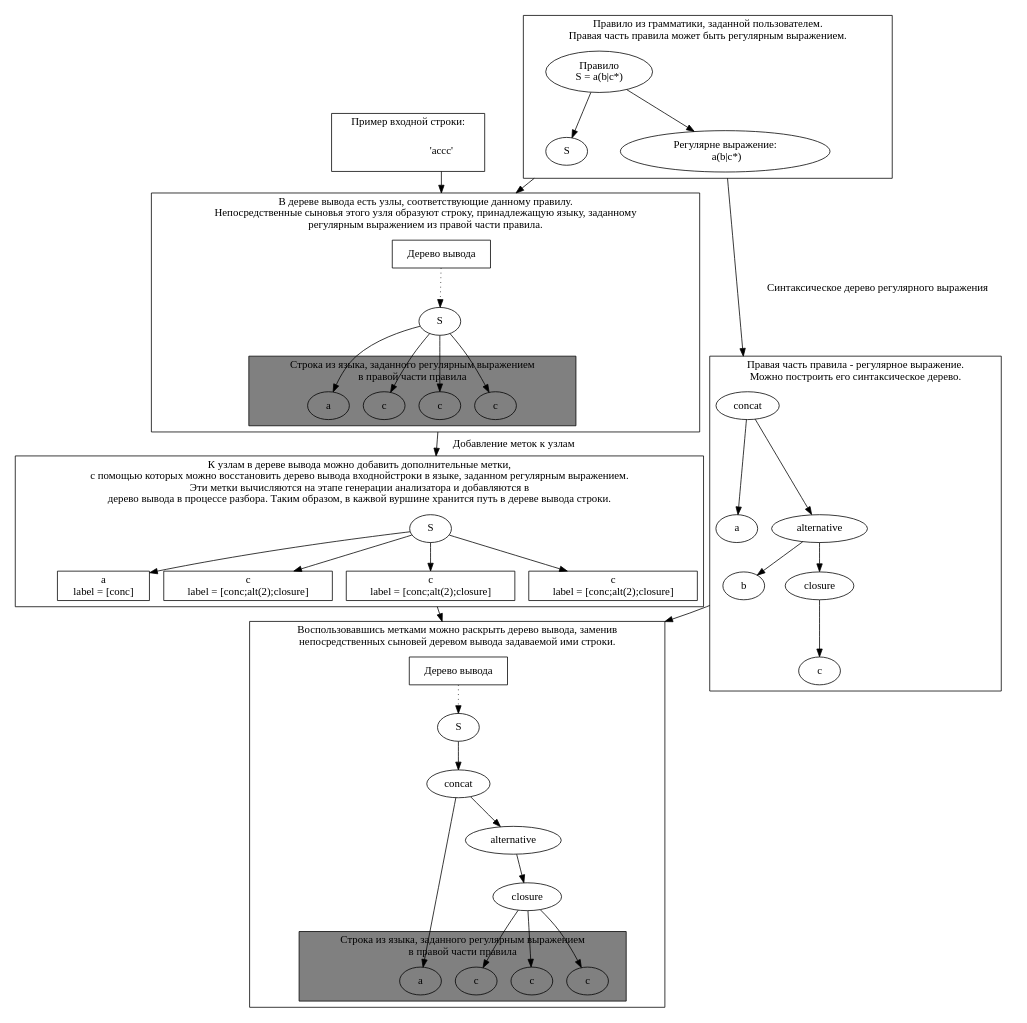
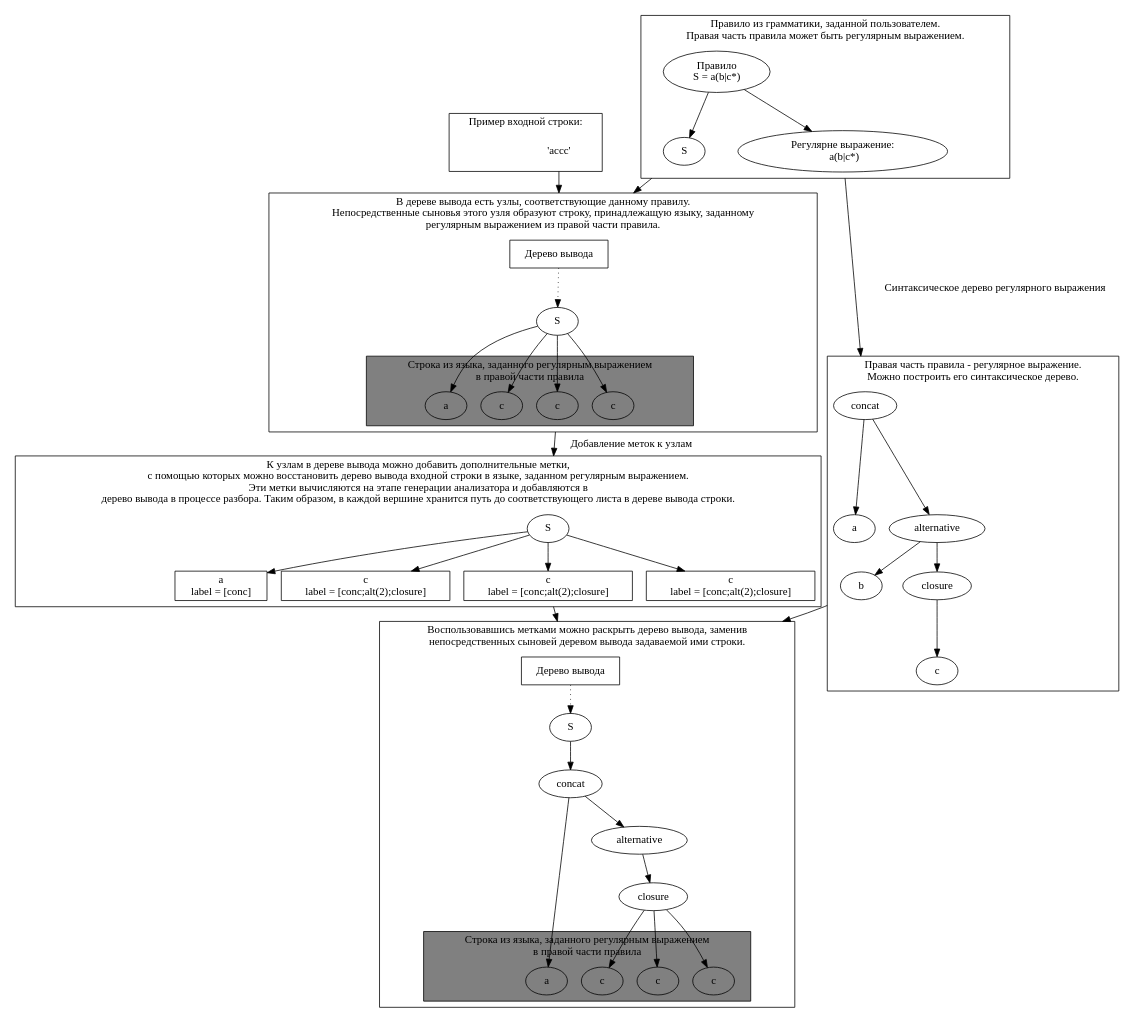
The diagram in Docs/Отчёт/Diploma/sources_new/DOT/sample_for_label_general_ru.dot (YaccConstructor/YaccConstructor), drawn with Graphviz before and after one commit. The commit also changed 10 other files, not shown here.

```diff
--- a/Docs/Отчёт/Diploma/sources_new/DOT/sample_for_label_general_ru.dot
+++ b/Docs/Отчёт/Diploma/sources_new/DOT/sample_for_label_general_ru.dot
@@ -1,147 +1,147 @@
 digraph labeles_general
 {
         compound = true;
 
         subgraph cluster_input_string
         {
                 label = "Пример входной строки:";
                 inp_str[label = "'accc'"
                        ,shape = plaintext];
         }
 
         subgraph cluster_rule
         {
                 label = "Правило из грамматики, заданной пользователем. \n Правая часть правила может быть регулярным выражением."                
                 rule[label = "Правило \n S = a(b|c*)"];
                 l_rule[label = "S"];
                 r_rule[label = "Регулярне выражение: \n  a(b|c*)"];
                 rule -> r_rule;
                 rule -> l_rule;
         }
         
 
         subgraph cluster_diriv_tree
         {
                 label = "В дереве вывода есть узлы, соответствующие данному правилу. \n Непосредственные сыновья этого узля образуют строку, принадлежащую языку, заданному \n регулярным выражением из правой части правила.";
                 Dirivation_tree[label = "Дерево вывода"];
 
                 Dirivation_tree -> S[style = dotted];
                 Dirivation_tree[shape = box]; 
                 S -> a;
 
                 c1[label = "c"];
                 c2[label = "c"];
                 c3[label = "c"];
                 S -> c1;
                 S -> c2;
                 S -> c3;
                 
                 subgraph cluster_STR
                 {
                         label = "Строка из языка, заданного регулярным выражением \n в правой части правила";
                         bgcolor = grey;
 
                         a;
                         c1;
                         c2;
                         c3;
 
                 };
 
         };
 
         subgraph cluster_Syntax_tree
         {        
                 label = "Правая часть правила - регулярное выражение. \n Можно построить его синтаксическое дерево.";
                 
                 a1[label = "a"];
                 b1[label = "b"];
                 c4[label = "c"];
 
                 concat -> a1;
                 alternative -> b1;
                 concat -> alternative -> closure -> c4;
         };
 
         subgraph cluster_dtree_with_labels
         {
-                label = "К узлам в дереве вывода можно добавить дополнительные метки, \n с помощью которых можно восстановить дерево вывода входнойстроки в языке, заданном регулярным выражением.\n Эти метки вычисляются на этапе генерации анализатора и добавляются в \n дерево вывода в процессе разбора. Таким образом, в кажвой вуршине хранится путь в дереве вывода строки."
+                label = "К узлам в дереве вывода можно добавить дополнительные метки, \n с помощью которых можно восстановить дерево вывода входной строки в языке, заданном регулярным выражением.\n Эти метки вычисляются на этапе генерации анализатора и добавляются в \n дерево вывода в процессе разбора. Таким образом, в каждой вершине хранится путь до соответствующего листа в дереве вывода строки."
                 
                 a2[label = "a \n label = [conc]"
                  ,shape = box];
 
                 c5[label = "c \n label = [conc;alt(2);closure]"
                   ,shape = box];
 
                 c6[label = "c \n label = [conc;alt(2);closure]"
                   ,shape = box];
 
                 c7[label = "c \n label = [conc;alt(2);closure]"
                   ,shape = box];
 
                 S2[label = "S"];                  
   
                 S2 -> a2;
                 S2 -> c5;
                 S2 -> c6;
                 S2 -> c7;
         }
 
         subgraph cluster_diriv_tree_extracted
         {
 				label = "Воспользовавшись метками можно раскрыть дерево вывода, заменив \n непосредственных сыновей деревом вывода задаваемой ими строки.";
                 Diriv_tree_extracted[label = "Дерево вывода"
                                     ,shape = box];
                 S3[label = "S"];
                 a3[label = "a"];
                 c8[label = "c"];
                 c9[label = "c"];
                 c10[label = "c"];
                 concat3[label = "concat"];
                 closure3[label = "closure"];
                 alternative3[label = "alternative"];
 
                 Diriv_tree_extracted -> S3[style = dotted];
                 S3 -> concat3 -> a3;
                 concat3 -> alternative3 -> closure3 -> c8;
                 closure3 -> c9;
                 closure3 -> c10;
 
                 subgraph cluster_STR_2
                 {
                         label = "Строка из языка, заданного регулярным выражением \n в правой части правила";
                         bgcolor = grey;
 
                         a3;
                         c8;
                         c9;
                         c10
 
                 };
 
         }
 
         l_rule -> Dirivation_tree[lhead = cluster_diriv_tree
                                  ,ltail = cluster_rule
                                  ,label = ""];
 
         inp_str -> Dirivation_tree[lhead = cluster_diriv_tree
                                   ,ltail = cluster_input_string
                                   ,label = ""];
         
         r_rule -> concat[lhead = cluster_Syntax_tree
                         ,ltail = cluster_rule
                         ,label = "Синтаксическое дерево регулярного выражения"];
 
         c2 -> S2[lhead = cluster_dtree_with_labels
                 ,ltail = cluster_diriv_tree
                 ,label = "Добавление меток к узлам"]; 
 
         c6 -> Diriv_tree_extracted[lhead = cluster_diriv_tree_extracted
                                   ,ltail = cluster_dtree_with_labels
                                   ,label = ""];
 
         b1 -> Diriv_tree_extracted[lhead = cluster_diriv_tree_extracted
                                   , ltail = cluster_Syntax_tree
                                   ,label = ""];
 }               
```
